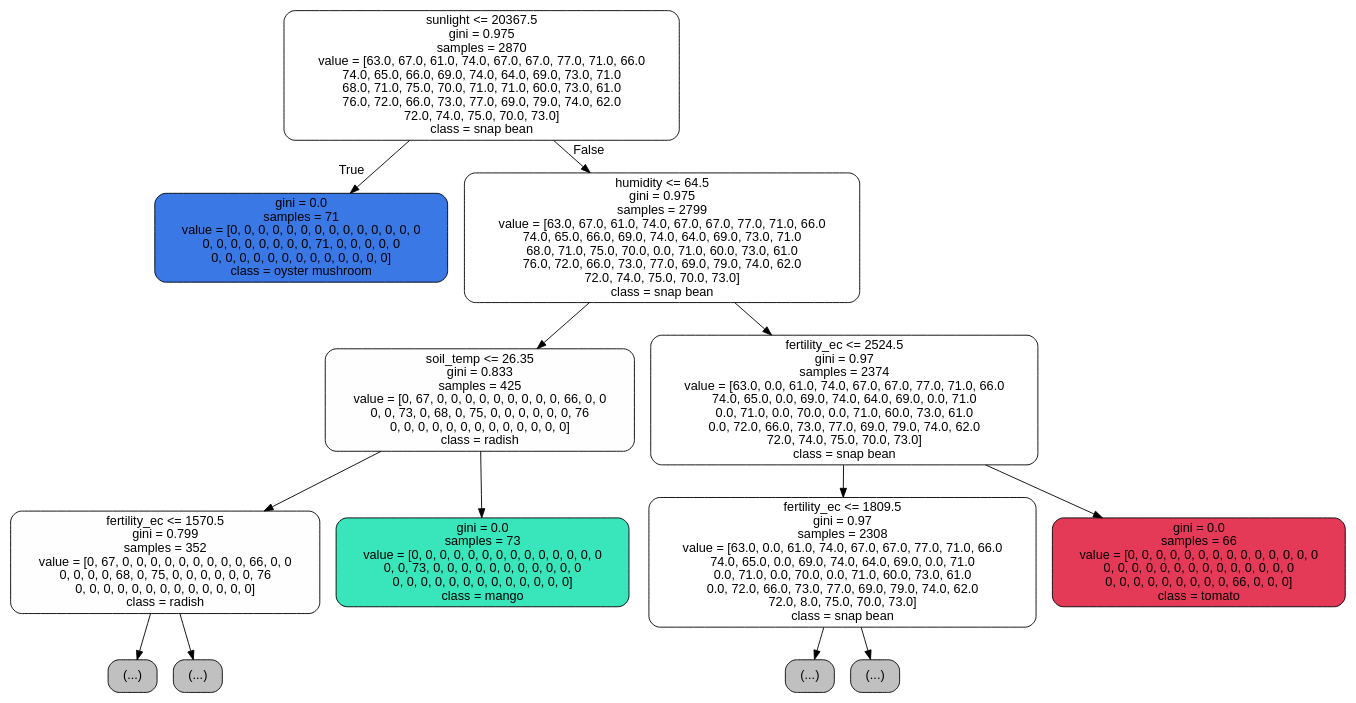
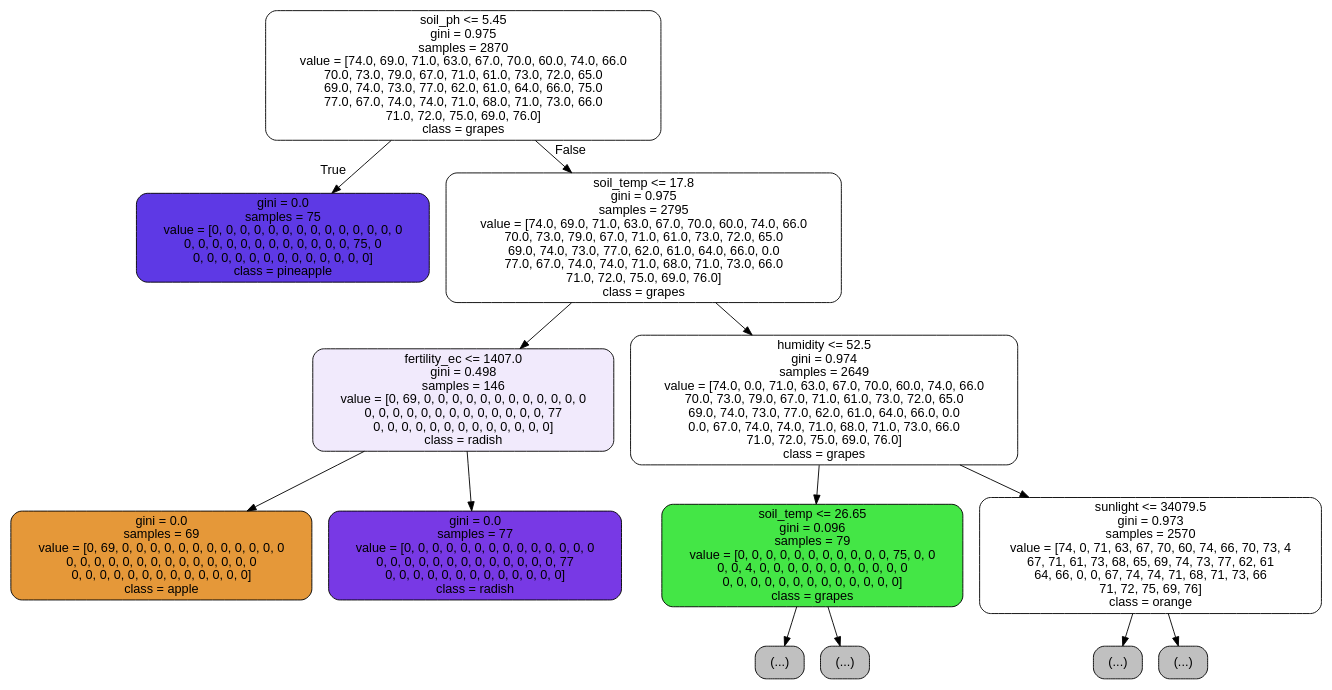
The diagram in precomputation/decision_tree.dot (CyrusUmali/AiCROP), drawn with Graphviz before and after one commit. The commit also changed 28 other files, not shown here.

```diff
--- a/precomputation/decision_tree.dot
+++ b/precomputation/decision_tree.dot
@@ -1,29 +1,29 @@
 digraph Tree {
 node [shape=box, style="filled, rounded", color="black", fontname="helvetica"] ;
 edge [fontname="helvetica"] ;
-0 [label="sunlight <= 20367.5\ngini = 0.975\nsamples = 2870\nvalue = [63.0, 67.0, 61.0, 74.0, 67.0, 67.0, 77.0, 71.0, 66.0\n74.0, 65.0, 66.0, 69.0, 74.0, 64.0, 69.0, 73.0, 71.0\n68.0, 71.0, 75.0, 70.0, 71.0, 71.0, 60.0, 73.0, 61.0\n76.0, 72.0, 66.0, 73.0, 77.0, 69.0, 79.0, 74.0, 62.0\n72.0, 74.0, 75.0, 70.0, 73.0]\nclass = snap bean", fillcolor="#ffffff"] ;
-1 [label="gini = 0.0\nsamples = 71\nvalue = [0, 0, 0, 0, 0, 0, 0, 0, 0, 0, 0, 0, 0, 0\n0, 0, 0, 0, 0, 0, 0, 0, 71, 0, 0, 0, 0, 0\n0, 0, 0, 0, 0, 0, 0, 0, 0, 0, 0, 0, 0]\nclass = oyster mushroom", fillcolor="#3978e5"] ;
+0 [label="soil_ph <= 5.45\ngini = 0.975\nsamples = 2870\nvalue = [74.0, 69.0, 71.0, 63.0, 67.0, 70.0, 60.0, 74.0, 66.0\n70.0, 73.0, 79.0, 67.0, 71.0, 61.0, 73.0, 72.0, 65.0\n69.0, 74.0, 73.0, 77.0, 62.0, 61.0, 64.0, 66.0, 75.0\n77.0, 67.0, 74.0, 74.0, 71.0, 68.0, 71.0, 73.0, 66.0\n71.0, 72.0, 75.0, 69.0, 76.0]\nclass = grapes", fillcolor="#ffffff"] ;
+1 [label="gini = 0.0\nsamples = 75\nvalue = [0, 0, 0, 0, 0, 0, 0, 0, 0, 0, 0, 0, 0, 0\n0, 0, 0, 0, 0, 0, 0, 0, 0, 0, 0, 0, 75, 0\n0, 0, 0, 0, 0, 0, 0, 0, 0, 0, 0, 0, 0]\nclass = pineapple", fillcolor="#5e39e5"] ;
 0 -> 1 [labeldistance=2.5, labelangle=45, headlabel="True"] ;
-2 [label="humidity <= 64.5\ngini = 0.975\nsamples = 2799\nvalue = [63.0, 67.0, 61.0, 74.0, 67.0, 67.0, 77.0, 71.0, 66.0\n74.0, 65.0, 66.0, 69.0, 74.0, 64.0, 69.0, 73.0, 71.0\n68.0, 71.0, 75.0, 70.0, 0.0, 71.0, 60.0, 73.0, 61.0\n76.0, 72.0, 66.0, 73.0, 77.0, 69.0, 79.0, 74.0, 62.0\n72.0, 74.0, 75.0, 70.0, 73.0]\nclass = snap bean", fillcolor="#ffffff"] ;
+2 [label="soil_temp <= 17.8\ngini = 0.975\nsamples = 2795\nvalue = [74.0, 69.0, 71.0, 63.0, 67.0, 70.0, 60.0, 74.0, 66.0\n70.0, 73.0, 79.0, 67.0, 71.0, 61.0, 73.0, 72.0, 65.0\n69.0, 74.0, 73.0, 77.0, 62.0, 61.0, 64.0, 66.0, 0.0\n77.0, 67.0, 74.0, 74.0, 71.0, 68.0, 71.0, 73.0, 66.0\n71.0, 72.0, 75.0, 69.0, 76.0]\nclass = grapes", fillcolor="#ffffff"] ;
 0 -> 2 [labeldistance=2.5, labelangle=-45, headlabel="False"] ;
-3 [label="soil_temp <= 26.35\ngini = 0.833\nsamples = 425\nvalue = [0, 67, 0, 0, 0, 0, 0, 0, 0, 0, 0, 66, 0, 0\n0, 0, 73, 0, 68, 0, 75, 0, 0, 0, 0, 0, 0, 76\n0, 0, 0, 0, 0, 0, 0, 0, 0, 0, 0, 0, 0]\nclass = radish", fillcolor="#fffeff"] ;
+3 [label="fertility_ec <= 1407.0\ngini = 0.498\nsamples = 146\nvalue = [0, 69, 0, 0, 0, 0, 0, 0, 0, 0, 0, 0, 0, 0\n0, 0, 0, 0, 0, 0, 0, 0, 0, 0, 0, 0, 0, 77\n0, 0, 0, 0, 0, 0, 0, 0, 0, 0, 0, 0, 0]\nclass = radish", fillcolor="#f1eafc"] ;
 2 -> 3 ;
-4 [label="fertility_ec <= 1570.5\ngini = 0.799\nsamples = 352\nvalue = [0, 67, 0, 0, 0, 0, 0, 0, 0, 0, 0, 66, 0, 0\n0, 0, 0, 0, 68, 0, 75, 0, 0, 0, 0, 0, 0, 76\n0, 0, 0, 0, 0, 0, 0, 0, 0, 0, 0, 0, 0]\nclass = radish", fillcolor="#fffeff"] ;
+4 [label="gini = 0.0\nsamples = 69\nvalue = [0, 69, 0, 0, 0, 0, 0, 0, 0, 0, 0, 0, 0, 0\n0, 0, 0, 0, 0, 0, 0, 0, 0, 0, 0, 0, 0, 0\n0, 0, 0, 0, 0, 0, 0, 0, 0, 0, 0, 0, 0]\nclass = apple", fillcolor="#e59839"] ;
 3 -> 4 ;
-5 [label="(...)", fillcolor="#C0C0C0"] ;
-4 -> 5 ;
-24 [label="(...)", fillcolor="#C0C0C0"] ;
-4 -> 24 ;
-27 [label="gini = 0.0\nsamples = 73\nvalue = [0, 0, 0, 0, 0, 0, 0, 0, 0, 0, 0, 0, 0, 0\n0, 0, 73, 0, 0, 0, 0, 0, 0, 0, 0, 0, 0, 0\n0, 0, 0, 0, 0, 0, 0, 0, 0, 0, 0, 0, 0]\nclass = mango", fillcolor="#39e5ba"] ;
-3 -> 27 ;
-28 [label="fertility_ec <= 2524.5\ngini = 0.97\nsamples = 2374\nvalue = [63.0, 0.0, 61.0, 74.0, 67.0, 67.0, 77.0, 71.0, 66.0\n74.0, 65.0, 0.0, 69.0, 74.0, 64.0, 69.0, 0.0, 71.0\n0.0, 71.0, 0.0, 70.0, 0.0, 71.0, 60.0, 73.0, 61.0\n0.0, 72.0, 66.0, 73.0, 77.0, 69.0, 79.0, 74.0, 62.0\n72.0, 74.0, 75.0, 70.0, 73.0]\nclass = snap bean", fillcolor="#ffffff"] ;
-2 -> 28 ;
-29 [label="fertility_ec <= 1809.5\ngini = 0.97\nsamples = 2308\nvalue = [63.0, 0.0, 61.0, 74.0, 67.0, 67.0, 77.0, 71.0, 66.0\n74.0, 65.0, 0.0, 69.0, 74.0, 64.0, 69.0, 0.0, 71.0\n0.0, 71.0, 0.0, 70.0, 0.0, 71.0, 60.0, 73.0, 61.0\n0.0, 72.0, 66.0, 73.0, 77.0, 69.0, 79.0, 74.0, 62.0\n72.0, 8.0, 75.0, 70.0, 73.0]\nclass = snap bean", fillcolor="#ffffff"] ;
-28 -> 29 ;
-30 [label="(...)", fillcolor="#C0C0C0"] ;
-29 -> 30 ;
-929 [label="(...)", fillcolor="#C0C0C0"] ;
-29 -> 929 ;
-1288 [label="gini = 0.0\nsamples = 66\nvalue = [0, 0, 0, 0, 0, 0, 0, 0, 0, 0, 0, 0, 0, 0\n0, 0, 0, 0, 0, 0, 0, 0, 0, 0, 0, 0, 0, 0\n0, 0, 0, 0, 0, 0, 0, 0, 0, 66, 0, 0, 0]\nclass = tomato", fillcolor="#e53958"] ;
-28 -> 1288 ;
+5 [label="gini = 0.0\nsamples = 77\nvalue = [0, 0, 0, 0, 0, 0, 0, 0, 0, 0, 0, 0, 0, 0\n0, 0, 0, 0, 0, 0, 0, 0, 0, 0, 0, 0, 0, 77\n0, 0, 0, 0, 0, 0, 0, 0, 0, 0, 0, 0, 0]\nclass = radish", fillcolor="#7839e5"] ;
+3 -> 5 ;
+6 [label="humidity <= 52.5\ngini = 0.974\nsamples = 2649\nvalue = [74.0, 0.0, 71.0, 63.0, 67.0, 70.0, 60.0, 74.0, 66.0\n70.0, 73.0, 79.0, 67.0, 71.0, 61.0, 73.0, 72.0, 65.0\n69.0, 74.0, 73.0, 77.0, 62.0, 61.0, 64.0, 66.0, 0.0\n0.0, 67.0, 74.0, 74.0, 71.0, 68.0, 71.0, 73.0, 66.0\n71.0, 72.0, 75.0, 69.0, 76.0]\nclass = grapes", fillcolor="#ffffff"] ;
+2 -> 6 ;
+7 [label="soil_temp <= 26.65\ngini = 0.096\nsamples = 79\nvalue = [0, 0, 0, 0, 0, 0, 0, 0, 0, 0, 0, 75, 0, 0\n0, 0, 4, 0, 0, 0, 0, 0, 0, 0, 0, 0, 0, 0\n0, 0, 0, 0, 0, 0, 0, 0, 0, 0, 0, 0, 0]\nclass = grapes", fillcolor="#44e646"] ;
+6 -> 7 ;
+8 [label="(...)", fillcolor="#C0C0C0"] ;
+7 -> 8 ;
+9 [label="(...)", fillcolor="#C0C0C0"] ;
+7 -> 9 ;
+10 [label="sunlight <= 34079.5\ngini = 0.973\nsamples = 2570\nvalue = [74, 0, 71, 63, 67, 70, 60, 74, 66, 70, 73, 4\n67, 71, 61, 73, 68, 65, 69, 74, 73, 77, 62, 61\n64, 66, 0, 0, 67, 74, 74, 71, 68, 71, 73, 66\n71, 72, 75, 69, 76]\nclass = orange", fillcolor="#ffffff"] ;
+6 -> 10 ;
+11 [label="(...)", fillcolor="#C0C0C0"] ;
+10 -> 11 ;
+56 [label="(...)", fillcolor="#C0C0C0"] ;
+10 -> 56 ;
 }
```
